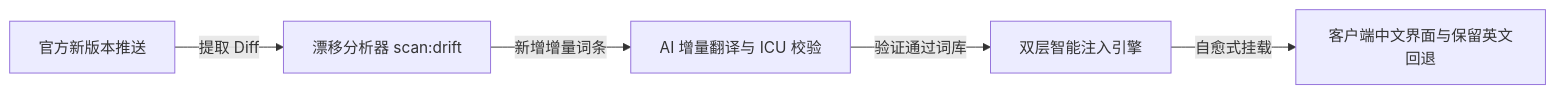
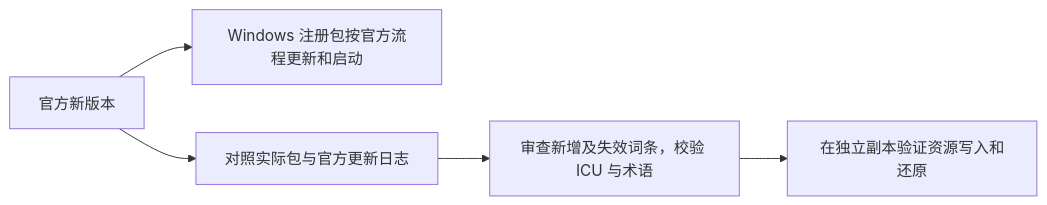
Before and after one commit to yiheng8023/claude-chinese: the diagram in README.md, drawn with Mermaid. The commit also changed other lines of this file and 31 other files, not shown here.

````diff
--- a/README.md
+++ b/README.md
@@ -178,7 +169,7 @@
 ```mermaid
 flowchart LR
-    A[官方新版本推送] -->|提取 Diff| B[漂移分析器 scan:drift]
-    B -->|新增增量词条| C[AI 增量翻译与 ICU 校验]
-    C -->|验证通过词库| D[双层智能注入引擎]
-    D -->|自愈式挂载| E[客户端中文界面与保留英文回退]
+    A[官方新版本] --> N[Windows 注册包按官方流程更新和启动]
+    A --> B[对照实际包与官方更新日志]
+    B --> C[审查新增及失效词条，校验 ICU 与术语]
+    C --> D[在独立副本验证资源写入和还原]
 ```
````
